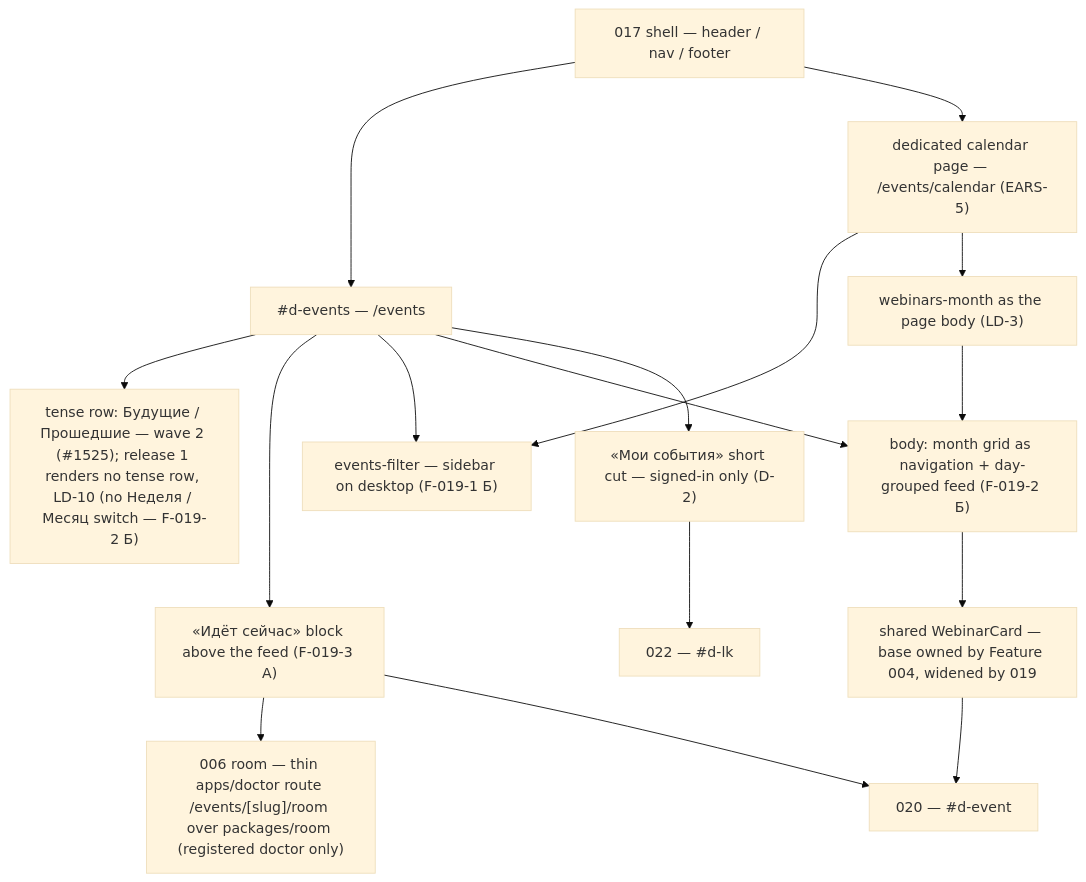
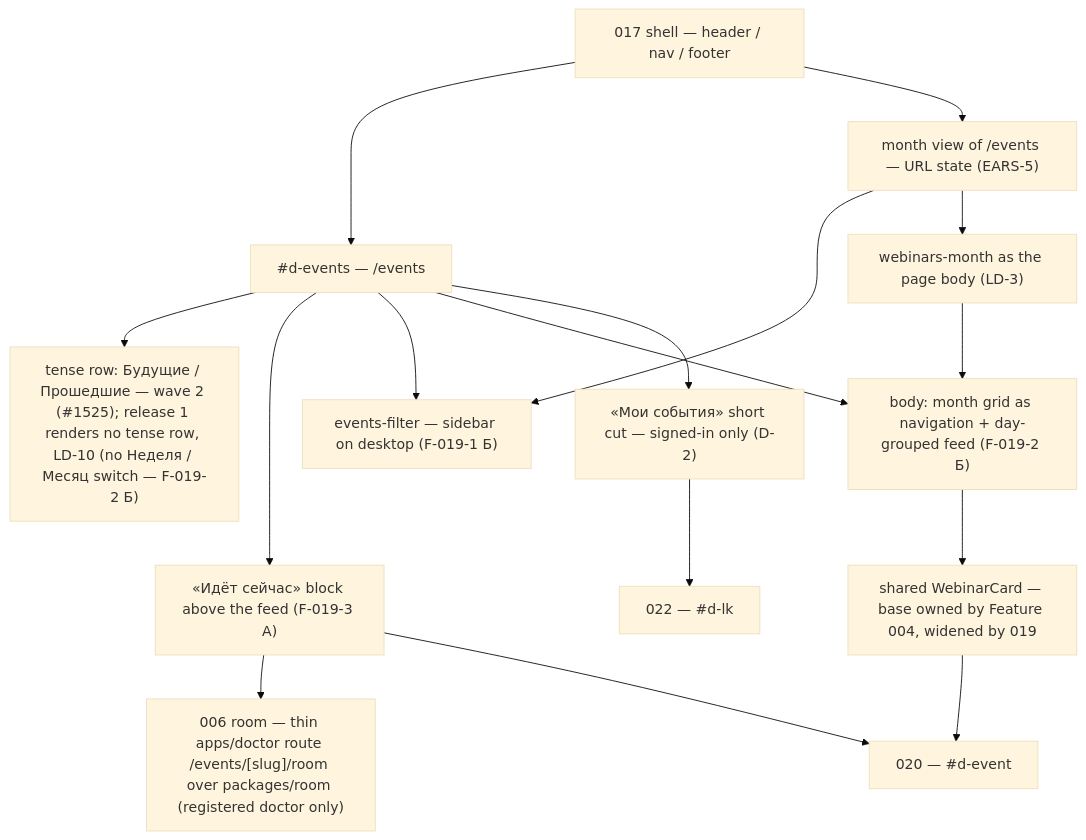
Before and after one commit to doctor-school/ds-platform: the first of 6 diagrams in apps/docs/content/specs/features/019-doctor-events-feed/019-design.md, drawn with Mermaid (base theme). The commit also changed other lines of this file and 1 other file, not shown here.

First line of the commit message:
docs(2964): 019 owns one /events route; month view is a URL state

````diff
--- a/apps/docs/content/specs/features/019-doctor-events-feed/019-design.md
+++ b/apps/docs/content/specs/features/019-doctor-events-feed/019-design.md
@@ -19,18 +19,18 @@
 ```mermaid
 graph TD
   Shell["017 shell — header / nav / footer"] --> Events["#d-events — /events"]
-  Shell --> Cal["dedicated calendar page — /events/calendar (EARS-5)"]
+  Shell --> Cal["month view of /events — URL state (EARS-5)"]
   Events --> Row["tense row: Будущие / Прошедшие — wave 2 (#1525); release 1 renders no tense row, LD-10 (no Неделя / Месяц switch — F-019-2 Б)"]
   Events --> Live["«Идёт сейчас» block above the feed (F-019-3 А)"]
   Events --> Panel["events-filter — sidebar on desktop (F-019-1 Б)"]
   Events --> Body["body: month grid as navigation + day-grouped feed (F-019-2 Б)"]
   Events --> Mine["«Мои события» short cut — signed-in only (D-2)"]
   Cal --> Panel
   Cal --> Month["webinars-month as the page body (LD-3)"]
   Body --> Card["shared WebinarCard — base owned by Feature 004, widened by 019"]
   Month --> Body
   Card --> Event["020 — #d-event"]
   Live --> Room["006 room — thin apps/doctor route /events/[slug]/room over packages/room (registered doctor only)"]
   Live --> Event
   Mine --> Cabinet["022 — #d-lk"]
 ```
````
